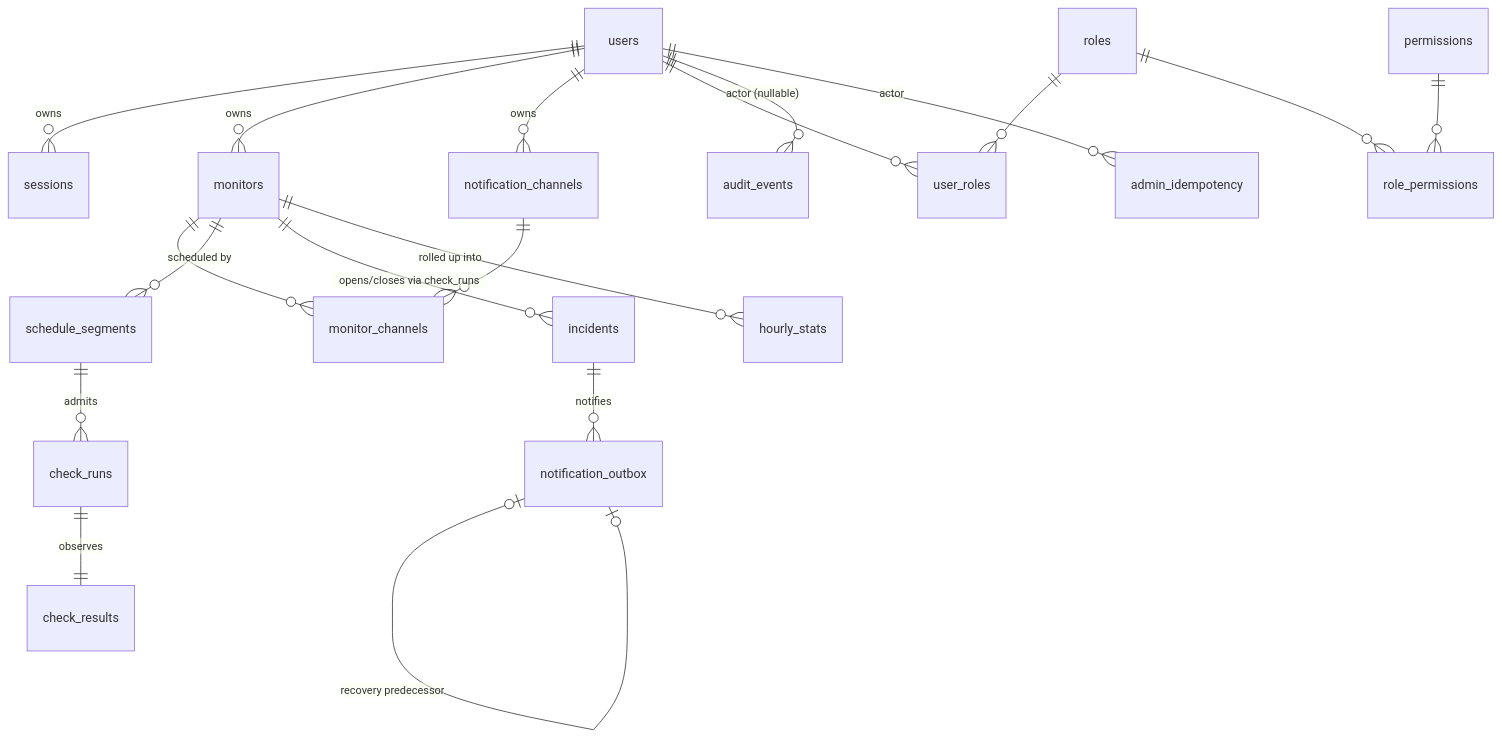
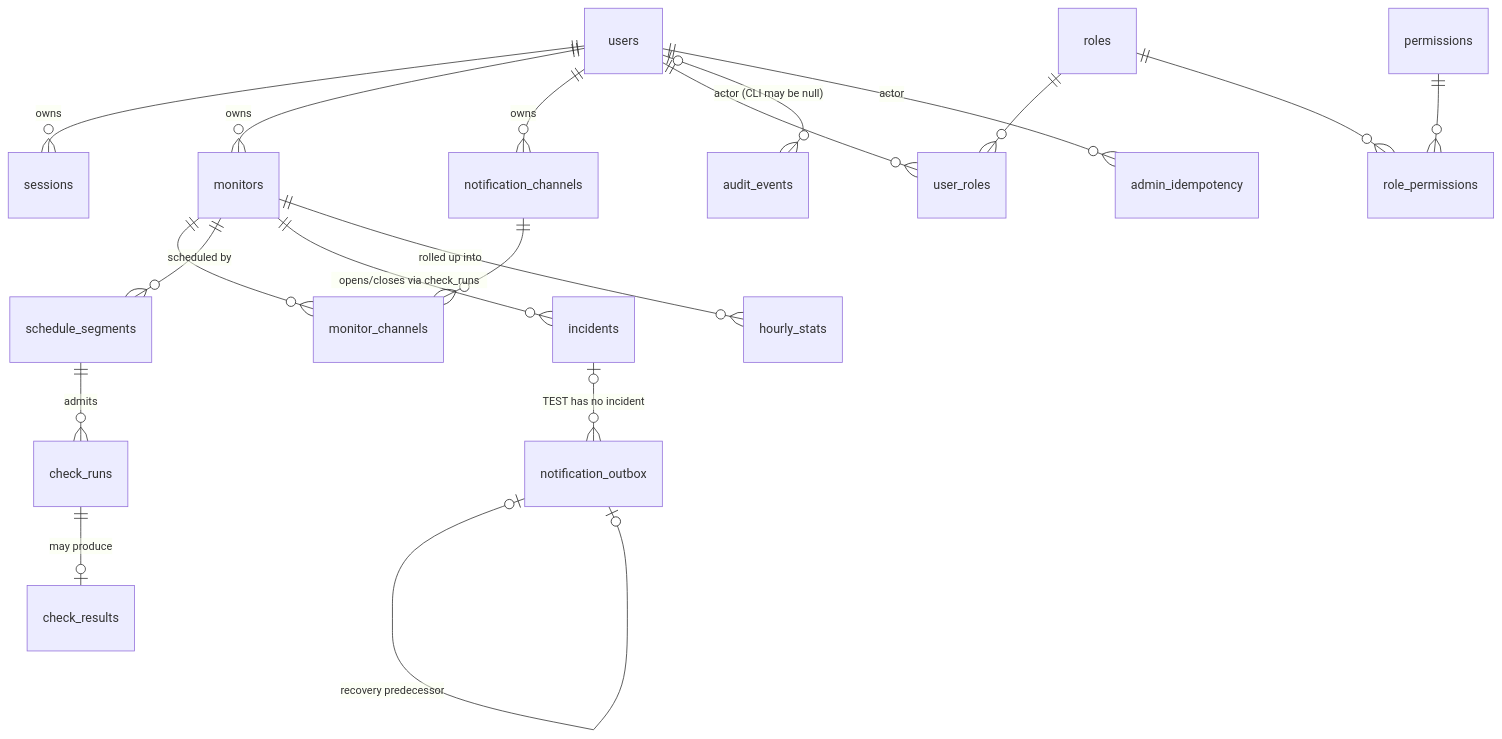
One commit to JasonTM17/Uptime-Monitoring-Platform changed the diagram in docs/architecture/database.md. Above: the diagram before and after it, drawn with Mermaid. The commit also changed other lines of this file and 9 other files, not shown here.

Commit message:
docs: illustrate architecture and refine repository navigation (#9)

````diff
--- a/docs/architecture/database.md
+++ b/docs/architecture/database.md
@@ -12,21 +12,21 @@
 ```mermaid
 erDiagram
     users ||--o{ sessions : "owns"
     users ||--o{ monitors : "owns"
     users ||--o{ notification_channels : "owns"
     monitors ||--o{ monitor_channels : ""
     notification_channels ||--o{ monitor_channels : ""
     monitors ||--o{ schedule_segments : "scheduled by"
     schedule_segments ||--o{ check_runs : "admits"
-    check_runs ||--|| check_results : "observes"
+    check_runs ||--o| check_results : "may produce"
     monitors ||--o{ incidents : "opens/closes via check_runs"
-    incidents ||--o{ notification_outbox : "notifies"
+    incidents |o--o{ notification_outbox : "TEST has no incident"
     monitors ||--o{ hourly_stats : "rolled up into"
     users ||--o{ user_roles : ""
     roles ||--o{ user_roles : ""
     roles ||--o{ role_permissions : ""
     permissions ||--o{ role_permissions : ""
-    users ||--o{ audit_events : "actor (nullable)"
+    users |o--o{ audit_events : "actor (CLI may be null)"
     users ||--o{ admin_idempotency : "actor"
     notification_outbox |o--o| notification_outbox : "recovery predecessor"
 ```
````
